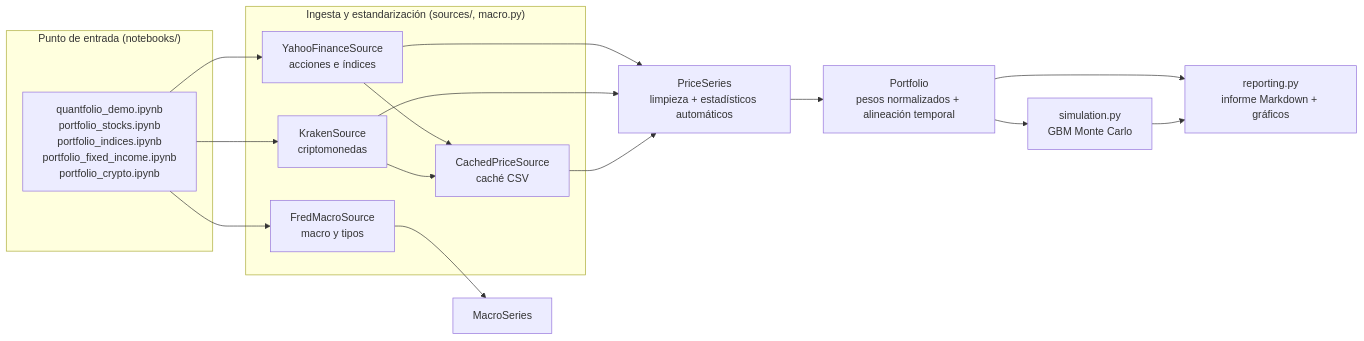
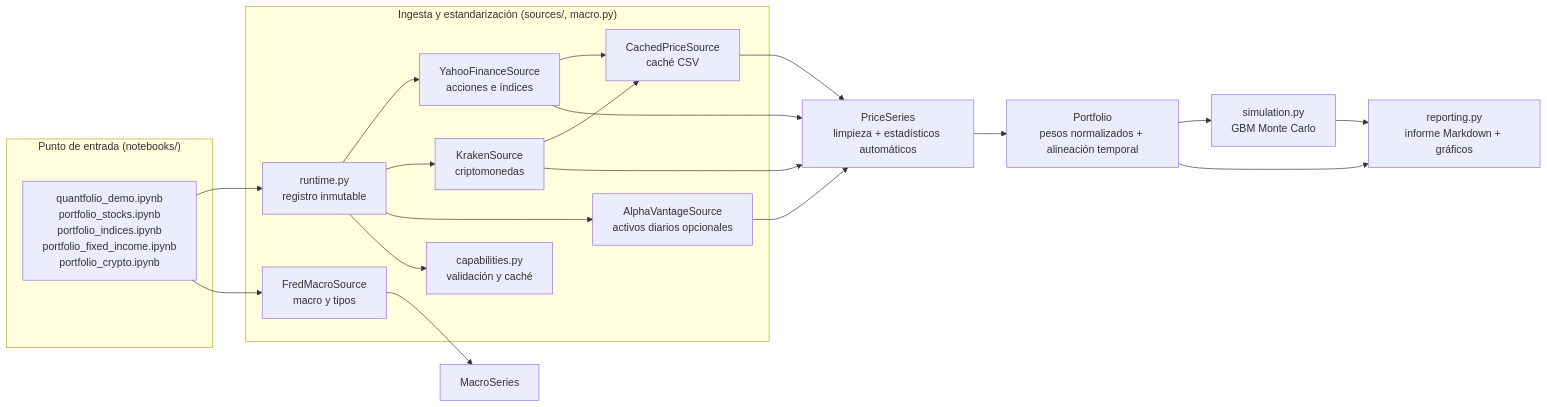
One commit to alejandroperezpujante/quantfolio changed the second of 2 diagrams in docs/architecture.md. Above: the diagram before and after it, drawn with Mermaid. The commit also changed other lines of this file and 2 other files, not shown here.

Commit message:
docs: document optional Alpha Vantage provider

````diff
--- a/docs/architecture.md
+++ b/docs/architecture.md
@@ -118,33 +131,40 @@
 ```mermaid
 flowchart LR
     subgraph entrypoint["Punto de entrada (notebooks/)"]
         NB["quantfolio_demo.ipynb<br/>portfolio_stocks.ipynb<br/>portfolio_indices.ipynb<br/>portfolio_fixed_income.ipynb<br/>portfolio_crypto.ipynb"]
     end
 
     subgraph ingestion["Ingesta y estandarización (sources/, macro.py)"]
         YF["YahooFinanceSource<br/>acciones e índices"]
         KR["KrakenSource<br/>criptomonedas"]
+        AV["AlphaVantageSource<br/>activos diarios opcionales"]
+        RT["runtime.py<br/>registro inmutable"]
+        CP["capabilities.py<br/>validación y caché"]
         CA["CachedPriceSource<br/>caché CSV"]
         FR["FredMacroSource<br/>macro y tipos"]
     end
 
     PS["PriceSeries<br/>limpieza + estadísticos automáticos"]
     MS["MacroSeries"]
     PF["Portfolio<br/>pesos normalizados + alineación temporal"]
     MC["simulation.py<br/>GBM Monte Carlo"]
     RP["reporting.py<br/>informe Markdown + gráficos"]
 
-    NB --> YF
-    NB --> KR
+    NB --> RT
+    RT --> YF
+    RT --> KR
+    RT --> AV
+    RT --> CP
     NB --> FR
     YF --> CA
     KR --> CA
     YF --> PS
     KR --> PS
+    AV --> PS
     CA --> PS
     FR --> MS
     PS --> PF
     PF --> MC
     PF --> RP
     MC --> RP
 ```
````
